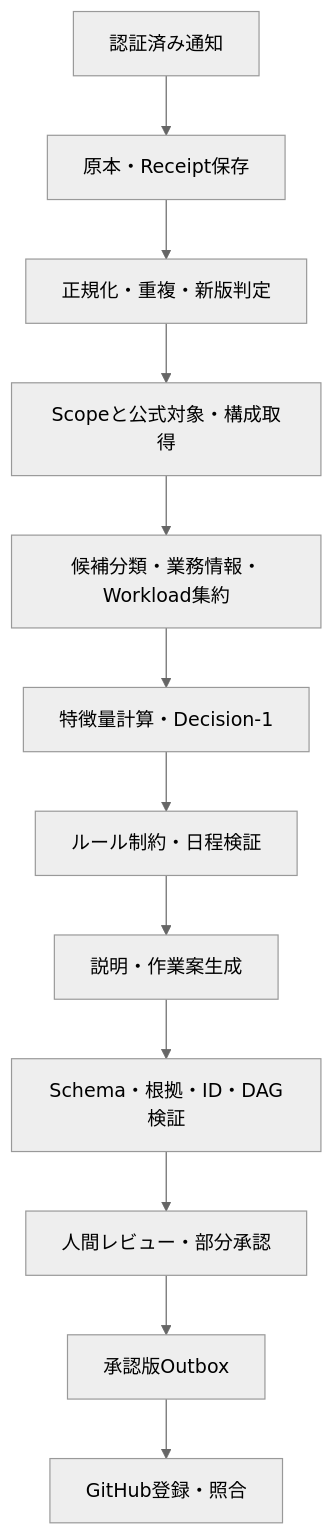
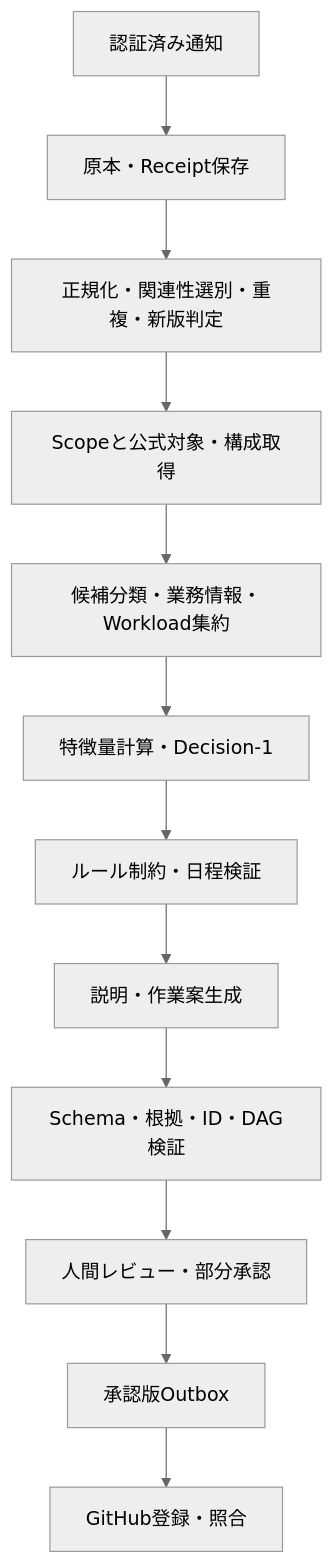
One commit to kdkwakaba/azure-retirement-planner changed the second of 7 diagrams in docs/design.md. Above: the diagram before and after it, drawn with Mermaid (neutral theme). The commit also changed other lines of this file and 5 other files, not shown here.

````diff
--- a/docs/design.md
+++ b/docs/design.md
@@ -188,14 +208,14 @@
 ```mermaid
 flowchart TD
   A[認証済み通知] --> B[原本・Receipt保存]
-  B --> C[正規化・重複・新版判定]
+  B --> C[正規化・関連性選別・重複・新版判定]
   C --> D[Scopeと公式対象・構成取得]
   D --> E[候補分類・業務情報・Workload集約]
   E --> F[特徴量計算・Decision-1]
   F --> G[ルール制約・日程検証]
   G --> H[説明・作業案生成]
   H --> I[Schema・根拠・ID・DAG検証]
   I --> J[人間レビュー・部分承認]
   J --> K[承認版Outbox]
   K --> L[GitHub登録・照合]
 ```
````
